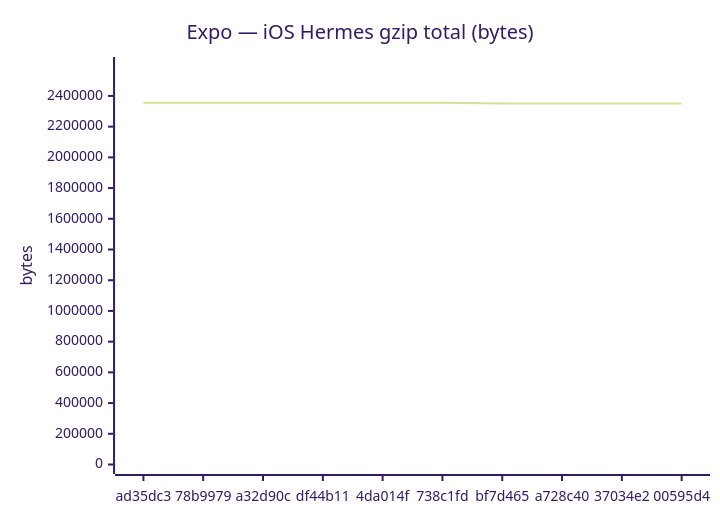
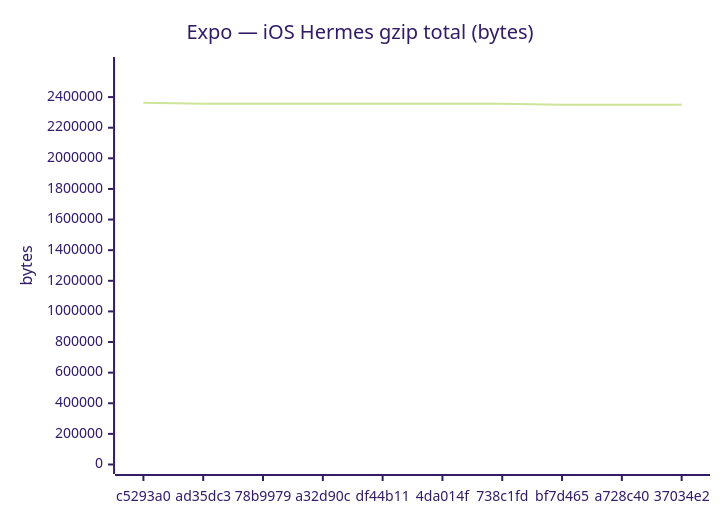
One commit to Metaheurist/Rianell changed the eighth of 24 diagrams in benchmarks/compare.md. Above: the diagram before and after it, drawn with Mermaid (forest theme). The commit also changed other lines of this file and 14 other files, not shown here.

````diff
--- a/benchmarks/compare.md
+++ b/benchmarks/compare.md
@@ -123,7 +123,7 @@
 ```mermaid
 xychart-beta
     title "Expo — iOS Hermes gzip total (bytes)"
-    x-axis ["ad35dc3", "78b9979", "a32d90c", "df44b11", "4da014f", "738c1fd", "bf7d465", "a728c40", "37034e2", "00595d4"]
-    y-axis "bytes" 0 --> 2591695
-    line [2356086, 2356086, 2356058, 2356058, 2356060, 2356059, 2350178, 2350175, 2350043, 2350046]
+    x-axis ["c5293a0", "ad35dc3", "78b9979", "a32d90c", "df44b11", "4da014f", "738c1fd", "bf7d465", "a728c40", "37034e2"]
+    y-axis "bytes" 0 --> 2599773
+    line [2363430, 2356086, 2356086, 2356058, 2356058, 2356060, 2356059, 2350178, 2350175, 2350043]
 ```
````
